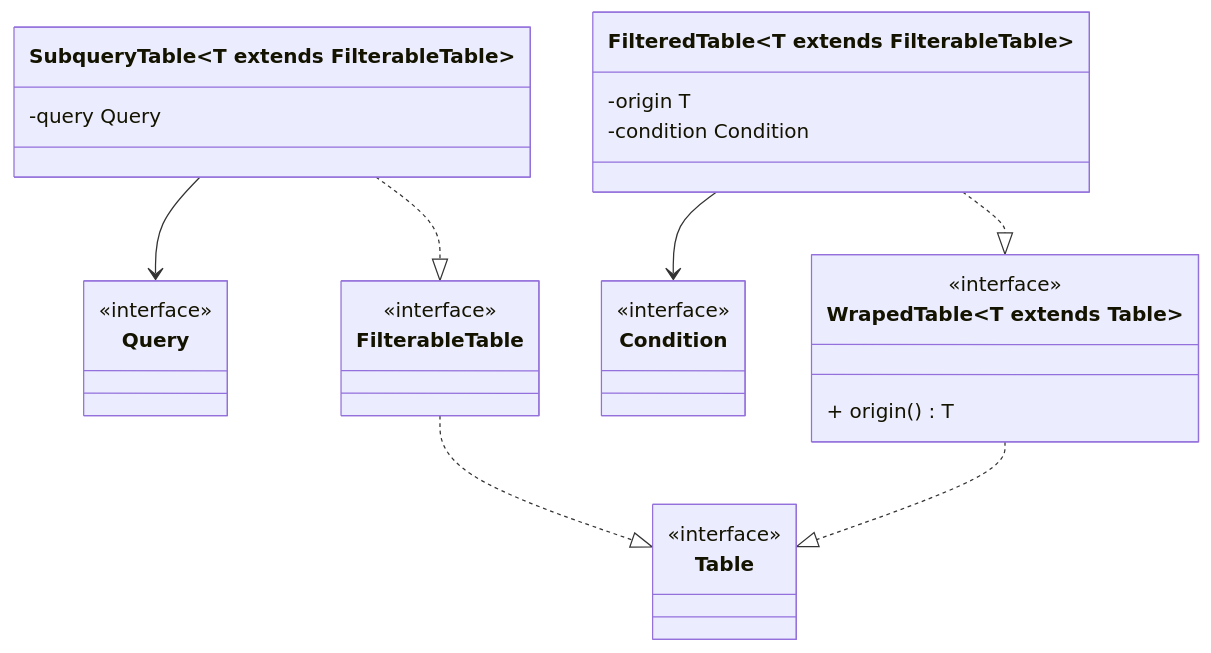
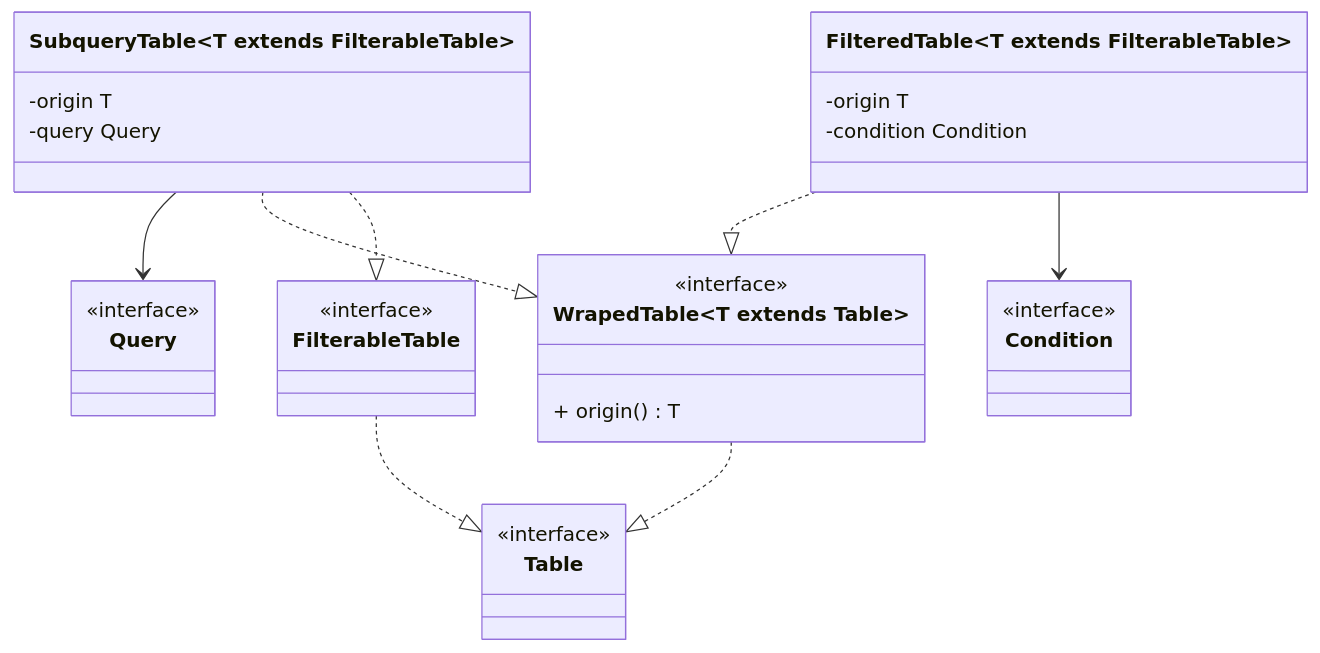
Before and after one commit to safarislava/QueryBricks: the third of 13 diagrams in docs/domain.md, drawn with Mermaid. The commit also changed 1 other file, not shown here.

Commit message:
docs: Fix subqueries and add examples

````diff
--- a/docs/domain.md
+++ b/docs/domain.md
@@ -89,38 +89,40 @@
 ```mermaid
 classDiagram
     class Table {
         <<interface>>
     }
     
     class Query {
         <<interface>>
     }
 
     class FilterableTable {
         <<interface>>
     }
     FilterableTable ..|> Table
 
     class Condition {
         <<interface>>
     }
 
     class WrapedTable~T extends Table~ {
         <<interface>>
         + origin() T
     }
     WrapedTable ..|> Table
 
     class FilteredTable~T extends FilterableTable~ {
         -origin T
         -condition Condition
     }
     FilteredTable ..|> WrapedTable~T~
     FilteredTable --> Condition
 
     class SubqueryTable~T extends FilterableTable~ {
+        -origin T
         -query Query
     }
     SubqueryTable --> Query
+    SubqueryTable ..|> WrapedTable~T~
     SubqueryTable ..|> FilterableTable
 ```
````
